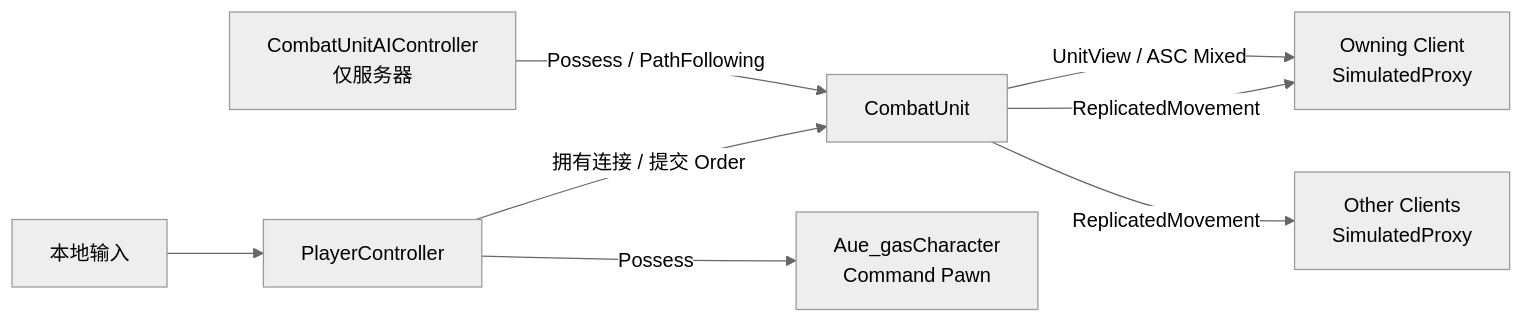
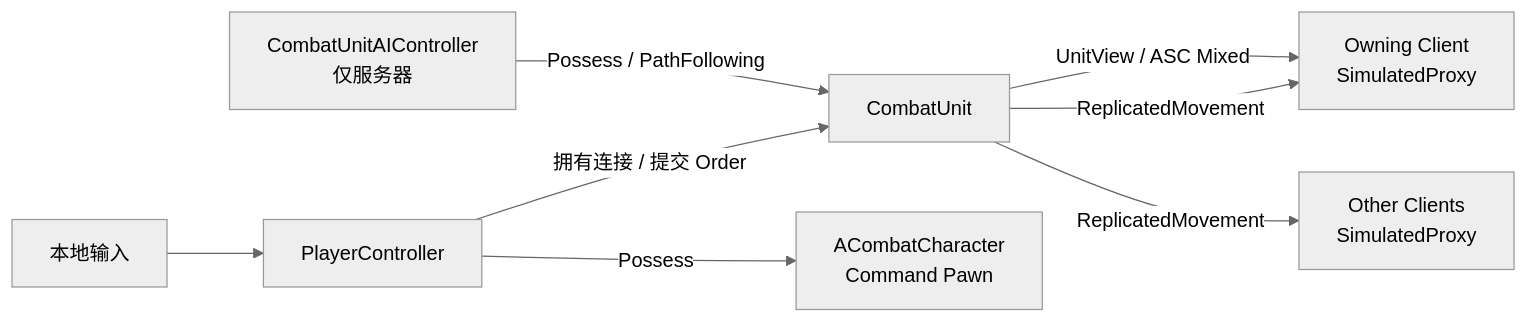
One commit to invokerw/ue_gas changed the second of 3 diagrams in Doc/CombatSystem/10-Architecture/10-10-Server-Authoritative-Movement-Kickoff.md. Above: the diagram before and after it, drawn with Mermaid (neutral theme). The commit also changed other lines of this file and 274 other files, not shown here.

````diff
--- a/Doc/CombatSystem/10-Architecture/10-10-Server-Authoritative-Movement-Kickoff.md
+++ b/Doc/CombatSystem/10-Architecture/10-10-Server-Authoritative-Movement-Kickoff.md
@@ -74,10 +74,10 @@
 ```mermaid
 flowchart LR
     Input[本地输入] --> PC[PlayerController]
     PC -->|拥有连接 / 提交 Order| Unit[CombatUnit]
-    PC -->|Possess| CameraPawn[Aue_gasCharacter<br/>Command Pawn]
+    PC -->|Possess| CameraPawn[ACombatCharacter<br/>Command Pawn]
     AI[CombatUnitAIController<br/>仅服务器] -->|Possess / PathFollowing| Unit
     Unit -->|ReplicatedMovement| OwnerClient[Owning Client<br/>SimulatedProxy]
     Unit -->|ReplicatedMovement| OtherClient[Other Clients<br/>SimulatedProxy]
     Unit -->|UnitView / ASC Mixed| OwnerClient
 ```
````
